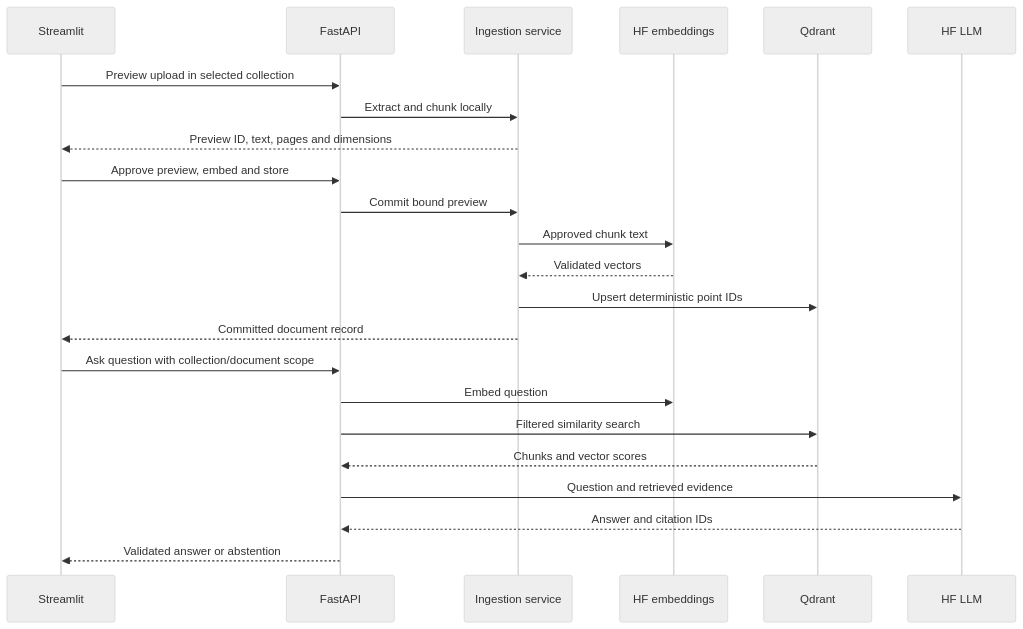
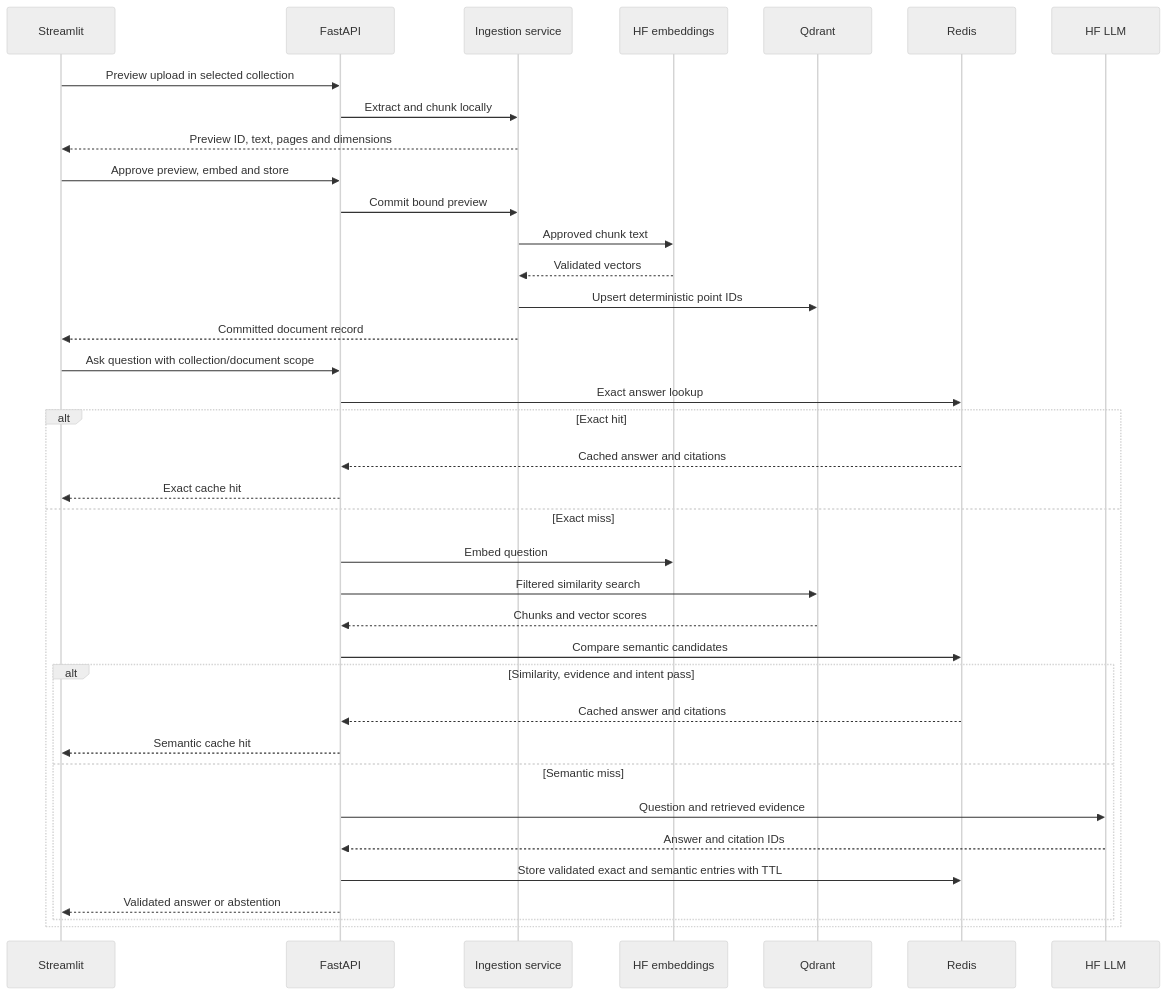
The diagram in docs/architecture.md (Shotza247/OpenSource-RAG-Template), drawn with Mermaid (neutral theme) before and after one commit. The commit also changed other lines of this file and 9 other files, not shown here.

Commit message:
docs: refresh semantic cache architecture and roadmap

````diff
--- a/docs/architecture.md
+++ b/docs/architecture.md
@@ -16,25 +16,39 @@
 ```mermaid
 sequenceDiagram
     participant U as Streamlit
     participant A as FastAPI
     participant I as Ingestion service
     participant E as HF embeddings
     participant Q as Qdrant
+    participant R as Redis
     participant L as HF LLM
     U->>A: Preview upload in selected collection
     A->>I: Extract and chunk locally
     I-->>U: Preview ID, text, pages and dimensions
     U->>A: Approve preview, embed and store
     A->>I: Commit bound preview
     I->>E: Approved chunk text
     E-->>I: Validated vectors
     I->>Q: Upsert deterministic point IDs
     I-->>U: Committed document record
     U->>A: Ask question with collection/document scope
+    A->>R: Exact answer lookup
+    alt Exact hit
+        R-->>A: Cached answer and citations
+        A-->>U: Exact cache hit
+    else Exact miss
     A->>E: Embed question
     A->>Q: Filtered similarity search
     Q-->>A: Chunks and vector scores
+    A->>R: Compare semantic candidates
+    alt Similarity, evidence and intent pass
+        R-->>A: Cached answer and citations
+        A-->>U: Semantic cache hit
+    else Semantic miss
     A->>L: Question and retrieved evidence
     L-->>A: Answer and citation IDs
+    A->>R: Store validated exact and semantic entries with TTL
     A-->>U: Validated answer or abstention
+    end
+    end
 ```
````
